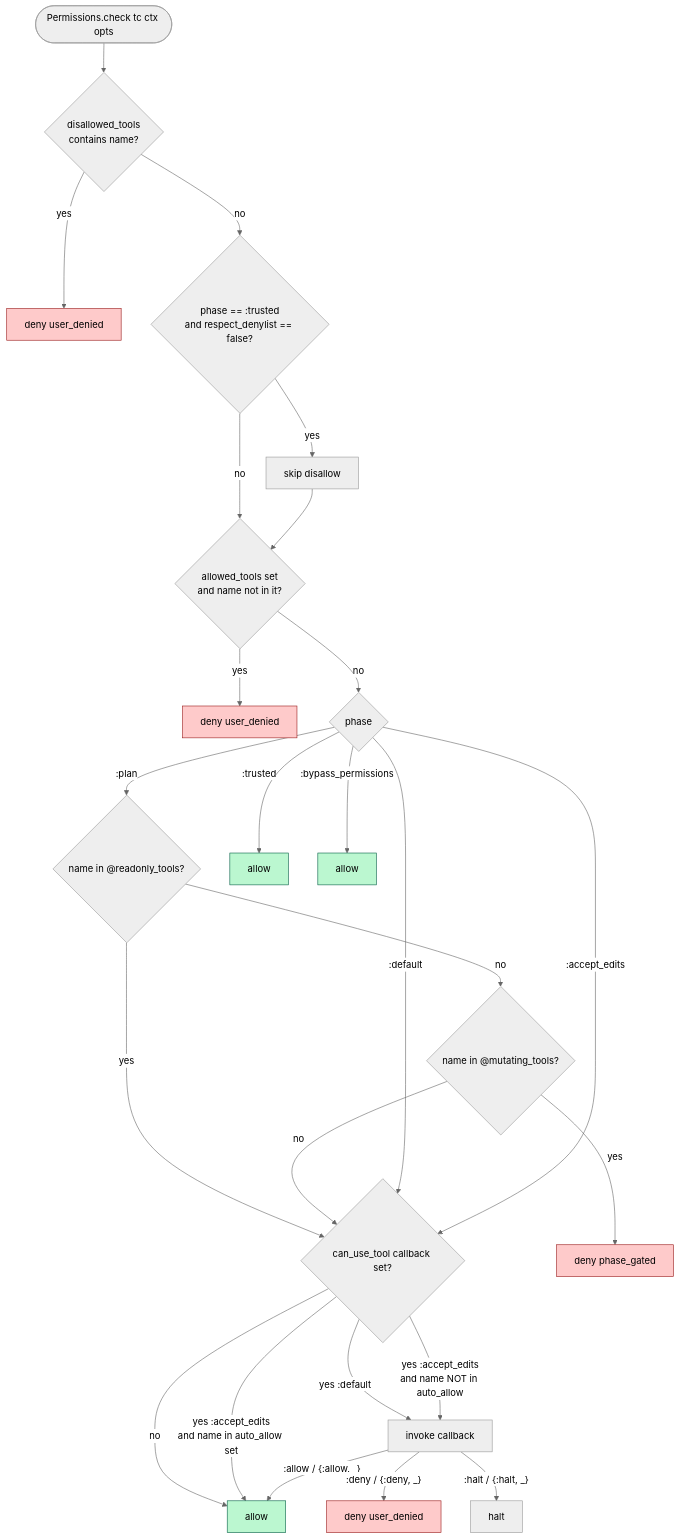
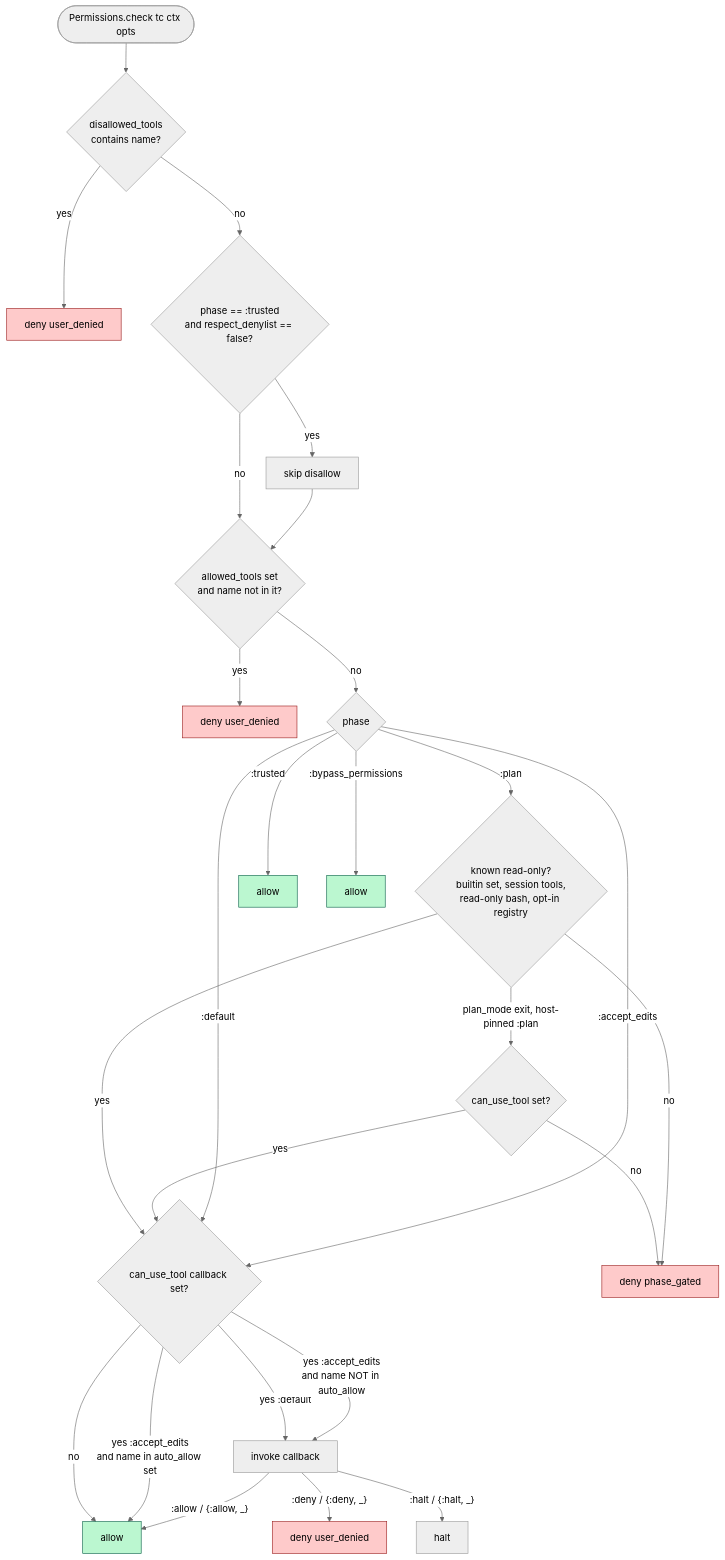
The first of 3 diagrams in docs/08-permissions.md (Dodothereal/ex_athena), drawn with Mermaid (neutral theme) before and after one commit. The commit also changed other lines of this file and 11 other files, not shown here.

First line of the commit message:
fix(permissions): close three plan-mode read-only bypasses (#181)

````diff
--- a/docs/08-permissions.md
+++ b/docs/08-permissions.md
@@ -10,33 +10,34 @@
 ```mermaid
 flowchart TD
   start([Permissions.check tc ctx opts]) --> step1{disallowed_tools<br/>contains name?}
   step1 -- yes --> deny1[deny user_denied]
   step1 -- no --> trustHatch{phase == :trusted<br/>and respect_denylist == false?}
   trustHatch -- yes --> skipDeny[skip disallow]
   trustHatch -- no --> step2
   skipDeny --> step2{allowed_tools set<br/>and name not in it?}
   step2 -- yes --> deny2[deny user_denied]
   step2 -- no --> step3{phase}
-  step3 -- :plan --> phasePlan{name in @readonly_tools?}
+  step3 -- :plan --> phasePlan{known read-only?<br/>builtin set, session tools,<br/>read-only bash, opt-in registry}
   phasePlan -- yes --> step4
-  phasePlan -- no --> phaseGated{name in @mutating_tools?}
-  phaseGated -- yes --> deny3[deny phase_gated]
-  phaseGated -- no --> step4
+  phasePlan -- "plan_mode exit, host-pinned :plan" --> planExit{can_use_tool set?}
+  planExit -- yes --> step4
+  planExit -- no --> deny3[deny phase_gated]
+  phasePlan -- no --> deny3
   step3 -- :default --> step4
   step3 -- :accept_edits --> step4
   step3 -- :trusted --> allowT[allow]
   step3 -- :bypass_permissions --> allowB[allow]
   step4{can_use_tool callback set?}
   step4 -- no --> allow[allow]
   step4 -- yes :default --> cb[invoke callback]
   step4 -- yes :accept_edits<br/>and name in auto_allow set --> allow
   step4 -- yes :accept_edits<br/>and name NOT in auto_allow --> cb
   cb -- :allow / {:allow, _} --> allow
   cb -- :deny / {:deny, _} --> deny4[deny user_denied]
   cb -- :halt / {:halt, _} --> halt[halt]
 
   classDef denial fill:#fecaca,stroke:#991b1b;
   classDef allow fill:#bbf7d0,stroke:#065f46;
   class deny1,deny2,deny3,deny4 denial
   class allow,allowT,allowB allow
 ```
````
